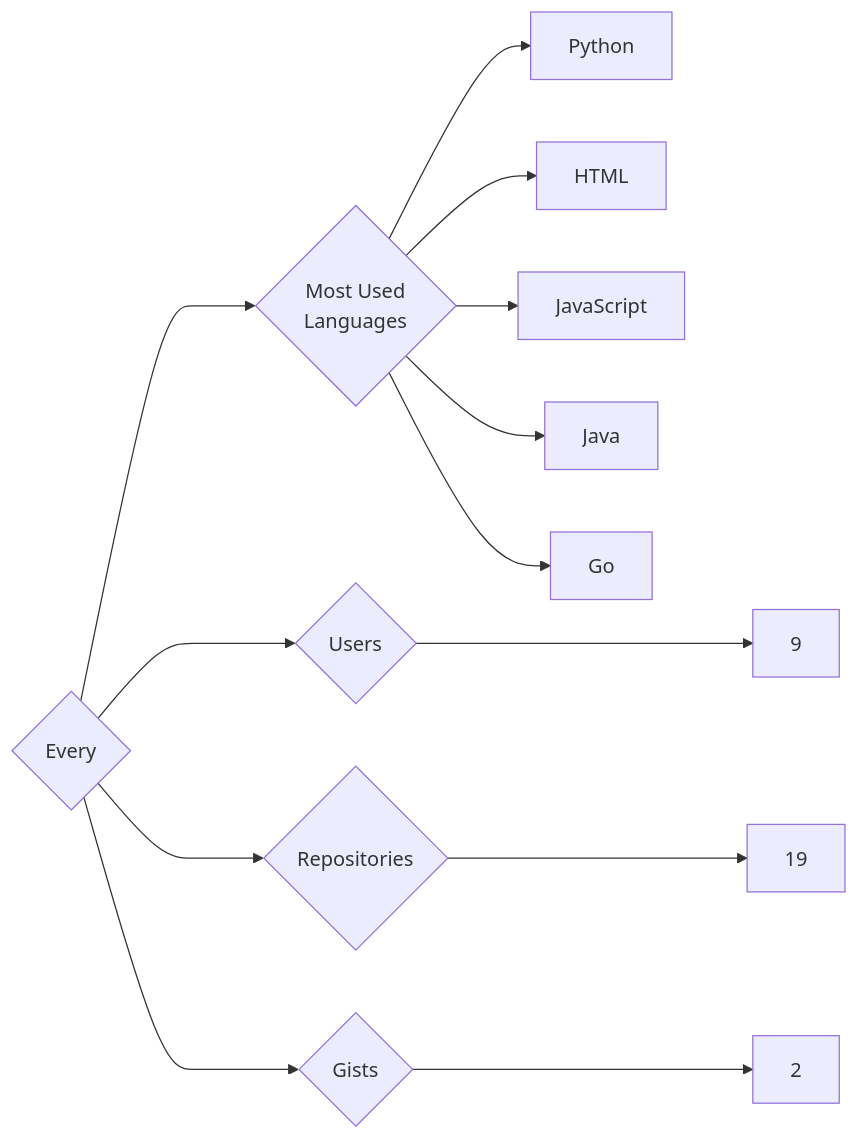
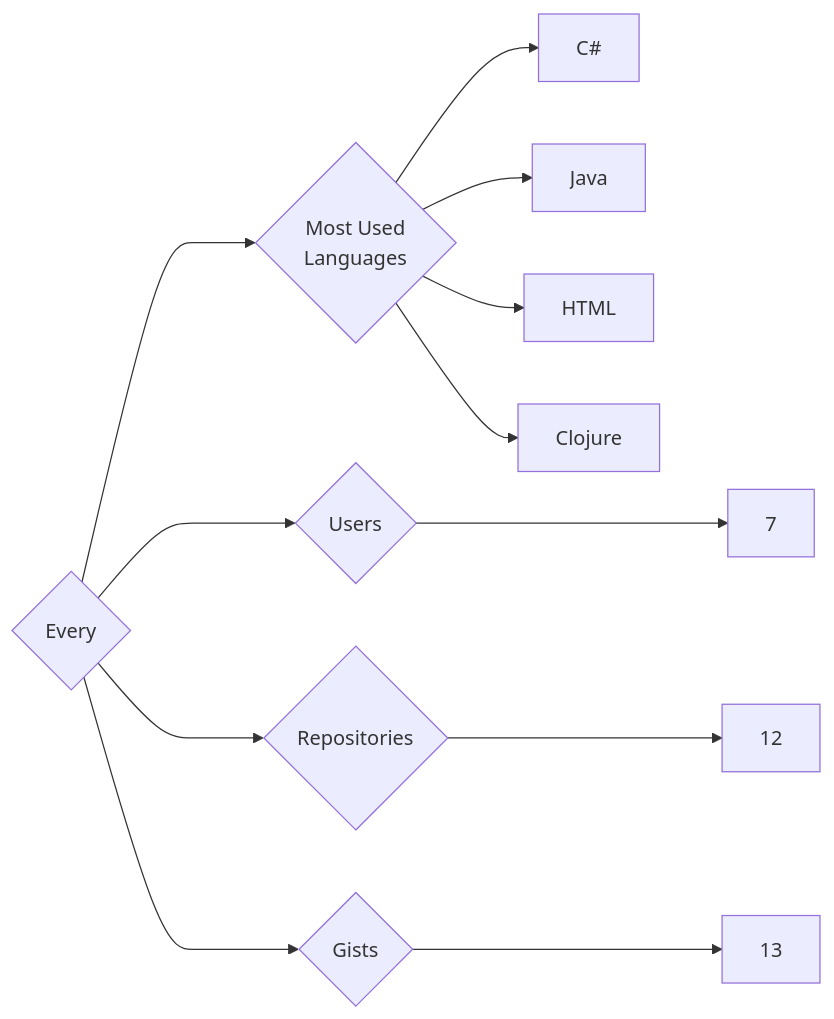
The diagram in targets/Every/README.md (trickest/insiders), drawn with Mermaid before and after one commit. The commit also changed 776 other files, not shown here.

````diff
--- a/targets/Every/README.md
+++ b/targets/Every/README.md
@@ -3,13 +3,12 @@
 ```mermaid
 graph LR
 COMPANY_NAME{Every}
-COMPANY_NAME ---> U{Users} ---> UN[9]
-COMPANY_NAME ---> R{Repositories} ---> RN[19]
-COMPANY_NAME ---> G{Gists} ---> GN[2]
+COMPANY_NAME ---> U{Users} ---> UN[7]
+COMPANY_NAME ---> R{Repositories} ---> RN[12]
+COMPANY_NAME ---> G{Gists} ---> GN[13]
 COMPANY_NAME ---> ML{Most Used<br>Languages}
-ML --> Python[Python]
+ML --> C#[C#]
+ML --> Java[Java]
 ML --> HTML[HTML]
-ML --> JavaScript[JavaScript]
-ML --> Java[Java]
-ML --> Go[Go]
+ML --> Clojure[Clojure]
 ```
````
